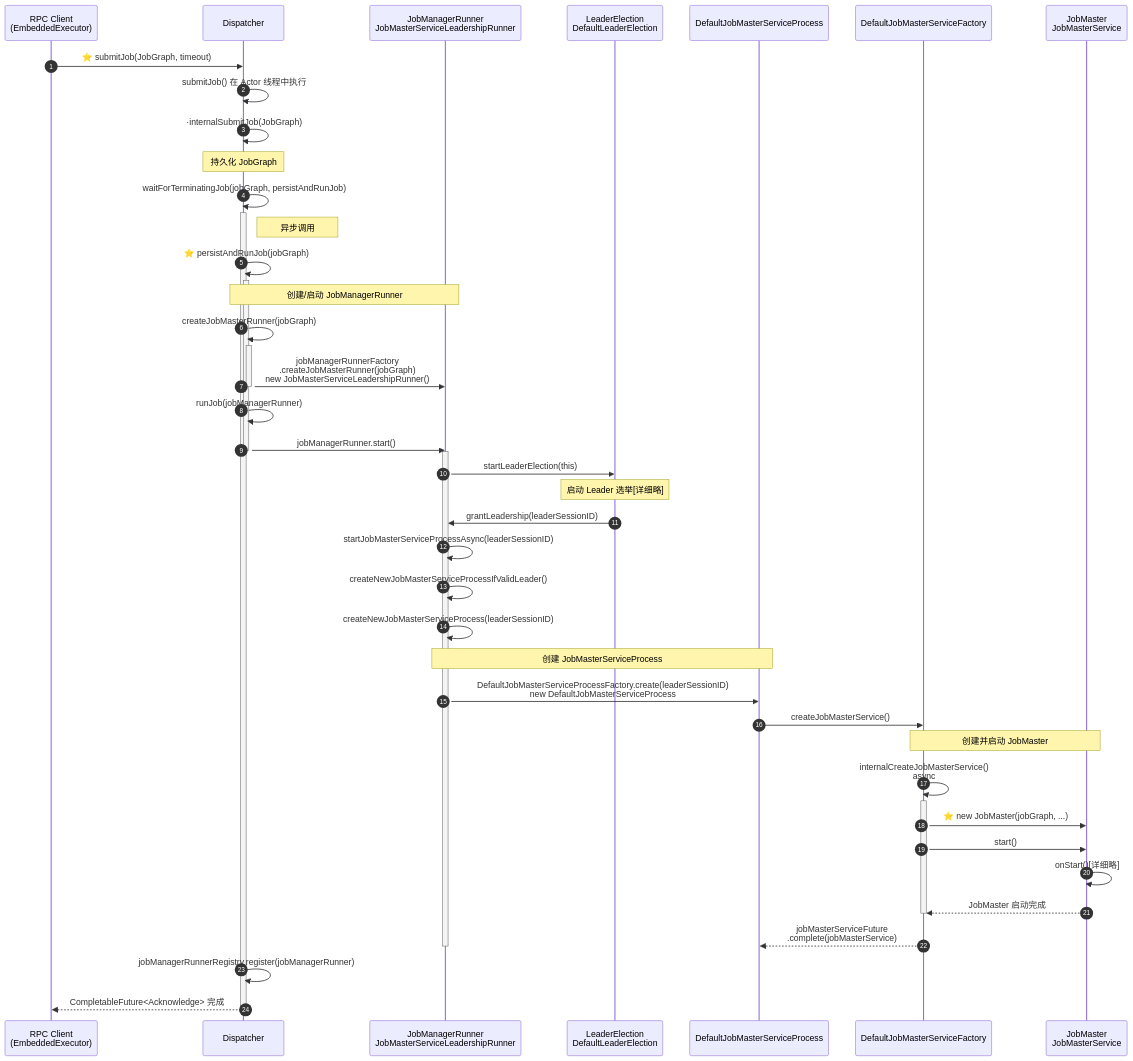
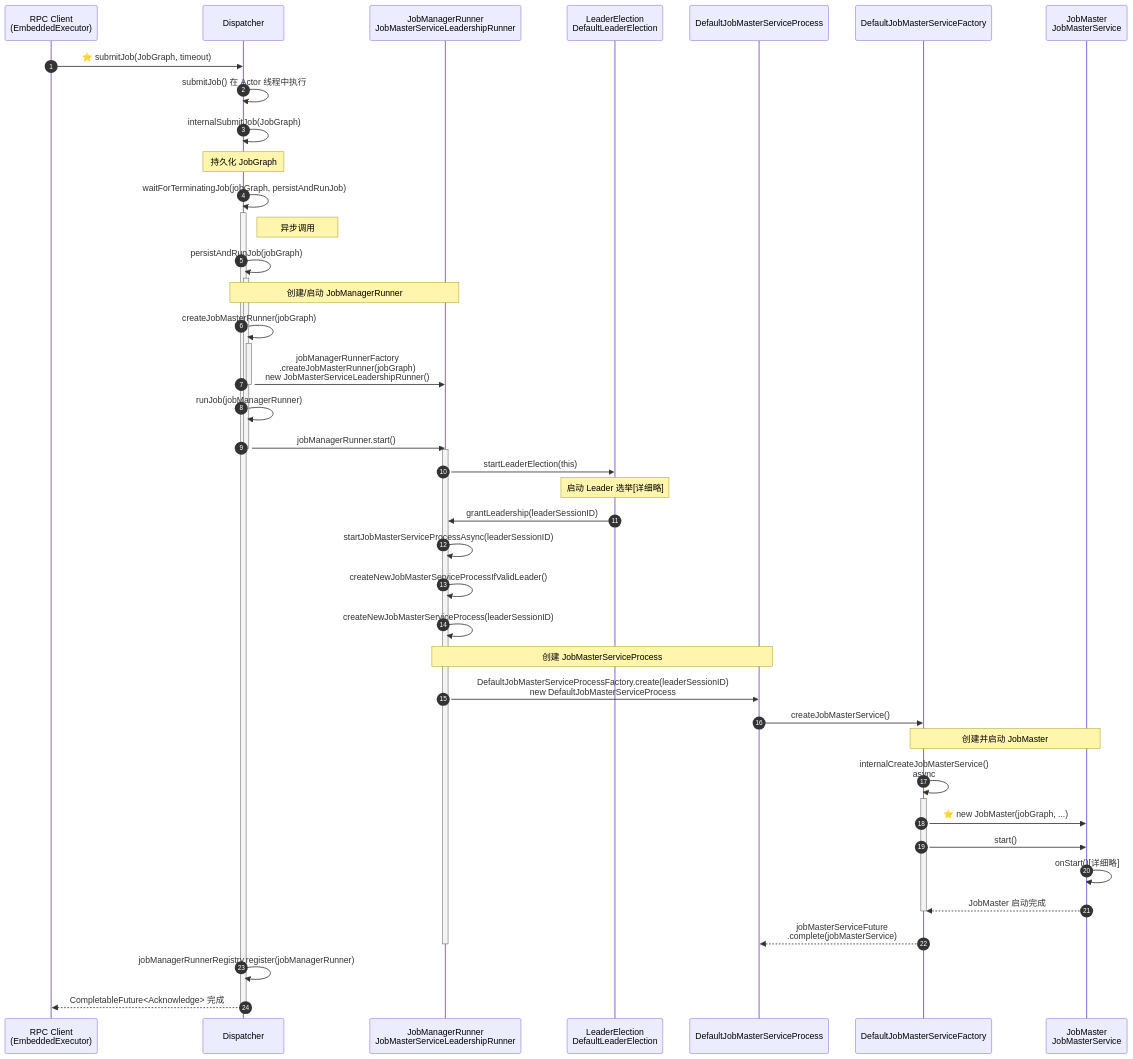
Before and after one commit to juntaozhang/juntaozhang.github.io: the fourth of 15 diagrams in flink/flink1.20/deployment.md, drawn with Mermaid. The commit also changed other lines of this file and 13 other files, not shown here.

````diff
--- a/flink/flink1.20/deployment.md
+++ b/flink/flink1.20/deployment.md
@@ -308,44 +441,44 @@
 ```mermaid
   sequenceDiagram
     autonumber
     participant Client as RPC Client<br/>(EmbeddedExecutor)
     participant Dispatcher as Dispatcher
     participant JMSLR as JobManagerRunner<br/>JobMasterServiceLeadershipRunner
     participant LE as LeaderElection<br/>DefaultLeaderElection
     participant DJMSP as DefaultJobMasterServiceProcess
     participant DJMasterSF as DefaultJobMasterServiceFactory
     participant JM as JobMaster<br/>JobMasterService
     Client ->> Dispatcher: ⭐ submitJob(JobGraph, timeout)
     Dispatcher ->> Dispatcher: submitJob() 在 Actor 线程中执行
-    Dispatcher ->> Dispatcher: ·internalSubmitJob(JobGraph)
+    Dispatcher ->> Dispatcher: internalSubmitJob(JobGraph)
     Note over Dispatcher, Dispatcher: 持久化 JobGraph
     Dispatcher ->> + Dispatcher: waitForTerminatingJob(jobGraph, persistAndRunJob)
     Note right of Dispatcher: 异步调用
-    Dispatcher ->> + Dispatcher: ⭐ persistAndRunJob(jobGraph)
+    Dispatcher ->> + Dispatcher: persistAndRunJob(jobGraph)
     Note over Dispatcher, JMSLR: 创建/启动 JobManagerRunner
     Dispatcher ->> + Dispatcher: createJobMasterRunner(jobGraph)
     Dispatcher ->> - JMSLR: jobManagerRunnerFactory<br/>.createJobMasterRunner(jobGraph)<br/>new JobMasterServiceLeadershipRunner()
     Dispatcher ->> Dispatcher: runJob(jobManagerRunner)
     Dispatcher ->> - JMSLR: jobManagerRunner.start()
     activate JMSLR
     JMSLR ->> LE: startLeaderElection(this)
     Note over LE: 启动 Leader 选举[详细略]
     LE ->> JMSLR: grantLeadership(leaderSessionID)
     JMSLR ->> JMSLR: startJobMasterServiceProcessAsync(leaderSessionID)
     JMSLR ->> JMSLR: createNewJobMasterServiceProcessIfValidLeader()
     JMSLR ->> JMSLR: createNewJobMasterServiceProcess(leaderSessionID)
     Note over JMSLR, DJMSP: 创建 JobMasterServiceProcess
     JMSLR ->> DJMSP: DefaultJobMasterServiceProcessFactory.create(leaderSessionID)<br/> new DefaultJobMasterServiceProcess
     DJMSP ->> DJMasterSF: createJobMasterService()
     Note over DJMasterSF, JM: 创建并启动 JobMaster
     DJMasterSF ->> + DJMasterSF: internalCreateJobMasterService()<br/>async
     DJMasterSF ->> JM: ⭐ new JobMaster(jobGraph, ...)
     DJMasterSF ->> JM: start()
     JM ->> JM: onStart()[详细略]
     JM -->> DJMasterSF: JobMaster 启动完成
     deactivate DJMasterSF
     DJMasterSF -->> DJMSP: jobMasterServiceFuture<br/>.complete(jobMasterService)
     deactivate JMSLR
     Dispatcher ->> Dispatcher: jobManagerRunnerRegistry.register(jobManagerRunner)
     Dispatcher -->> - Client: CompletableFuture<Acknowledge> 完成
 ```
````
